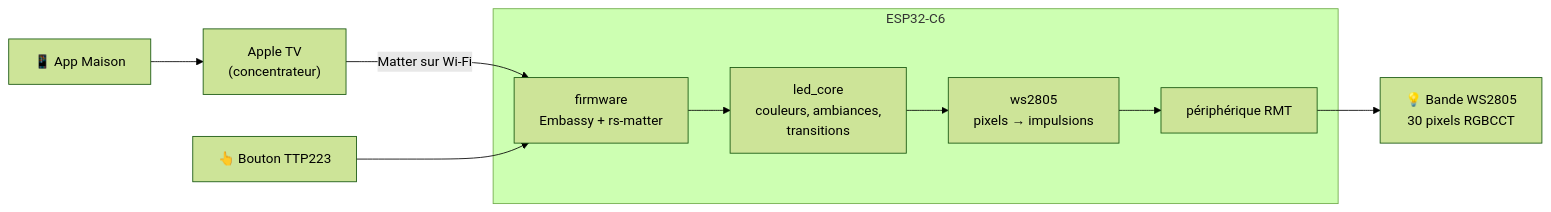
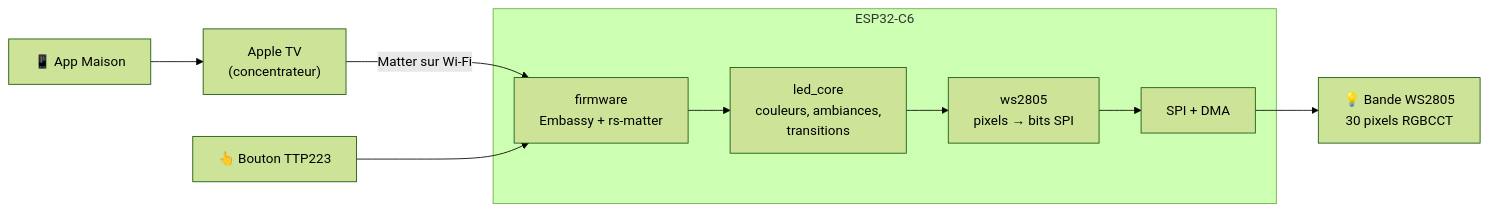
Before and after one commit to Owlympus/project-led: the diagram in README.md, drawn with Mermaid (forest theme). The commit also changed other lines of this file and 11 other files, not shown here.

First line of the commit message:
firmware: drive the strip with SPI + DMA instead of the RMT (#30)

````diff
--- a/README.md
+++ b/README.md
@@ -29,14 +29,14 @@
 ```mermaid
 flowchart LR
     iphone["📱 App Maison"] --> atv["Apple TV<br/>(concentrateur)"]
     atv -- "Matter sur Wi-Fi" --> fw
 
     subgraph c6["ESP32-C6"]
         fw["firmware<br/>Embassy + rs-matter"] --> core["led_core<br/>couleurs, ambiances,<br/>transitions"]
-        core --> ws["ws2805<br/>pixels → impulsions"]
-        ws --> rmt["périphérique RMT"]
+        core --> ws["ws2805<br/>pixels → bits SPI"]
+        ws --> spi["SPI + DMA"]
     end
 
-    rmt --> strip["💡 Bande WS2805<br/>30 pixels RGBCCT"]
+    spi --> strip["💡 Bande WS2805<br/>30 pixels RGBCCT"]
     btn["👆 Bouton TTP223"] --> fw
 ```
````
